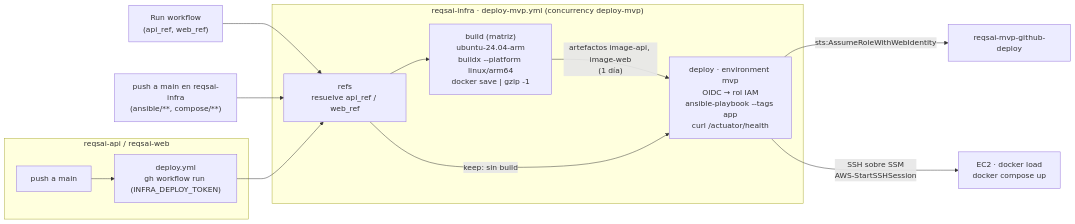
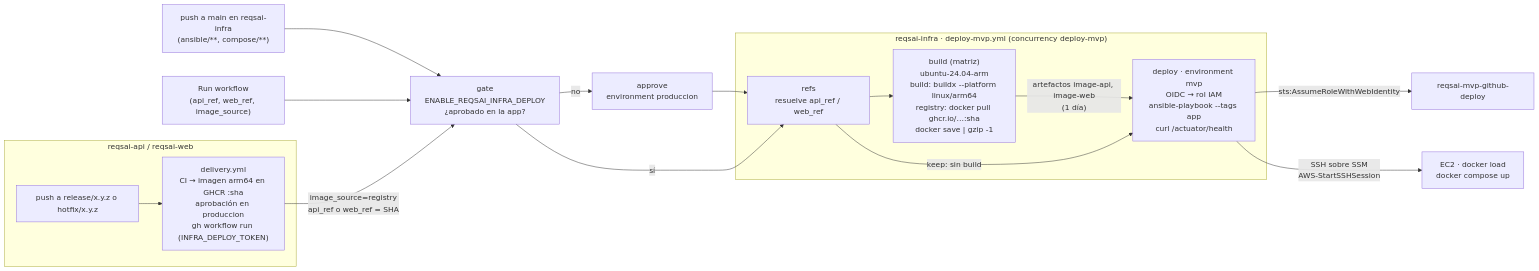
Before and after one commit to Kntro-Soft/reqsai-infra: the second of 2 diagrams in docs/deploy-ec2-docker-compose.md, drawn with Mermaid. The commit also changed other lines of this file and 1 other file, not shown here.

First line of the commit message:
docs: release flow, GHCR set-up, deploy switches and staging gap

````diff
--- a/docs/deploy-ec2-docker-compose.md
+++ b/docs/deploy-ec2-docker-compose.md
@@ -682,19 +682,22 @@
 ```mermaid
 flowchart LR
     subgraph apps["reqsai-api / reqsai-web"]
-        push["push a main"] --> appwf["deploy.yml<br/>gh workflow run (INFRA_DEPLOY_TOKEN)"]
+        rel["push a release/x.y.z o hotfix/x.y.z"] --> appwf["delivery.yml<br/>CI → imagen arm64 en GHCR :sha<br/>aprobación en produccion<br/>gh workflow run (INFRA_DEPLOY_TOKEN)"]
     end
-    manual["Run workflow<br/>(api_ref, web_ref)"] --> refs
-    infra["push a main en reqsai-infra<br/>(ansible/**, compose/**)"] --> refs
-    appwf --> refs
+    manual["Run workflow<br/>(api_ref, web_ref, image_source)"]
+    infra["push a main en reqsai-infra<br/>(ansible/**, compose/**)"] --> gate
+    manual --> gate
+    appwf -->|"image_source=registry<br/>api_ref o web_ref = SHA"| gate
+    gate["gate<br/>ENABLE_REQSAI_INFRA_DEPLOY<br/>¿aprobado en la app?"] -->|"no"| approve["approve<br/>environment produccion"] --> refs
+    gate -->|"sí"| refs
 
     subgraph wf["reqsai-infra · deploy-mvp.yml (concurrency deploy-mvp)"]
-        refs["refs<br/>resuelve api_ref / web_ref"] --> build["build (matriz)<br/>ubuntu-24.04-arm<br/>buildx --platform linux/arm64<br/>docker save | gzip -1"]
+        refs["refs<br/>resuelve api_ref / web_ref"] --> build["build (matriz)<br/>ubuntu-24.04-arm<br/>build: buildx --platform linux/arm64<br/>registry: docker pull ghcr.io/…:sha<br/>docker save | gzip -1"]
         build -->|"artefactos image-api, image-web<br/>(1 día)"| deploy
         refs -->|"keep: sin build"| deploy
         deploy["deploy · environment mvp<br/>OIDC → rol IAM<br/>ansible-playbook --tags app<br/>curl /actuator/health"]
     end
 
     deploy -->|"sts:AssumeRoleWithWebIdentity"| role["reqsai-mvp-github-deploy"]
     deploy -->|"SSH sobre SSM<br/>AWS-StartSSHSession"| ec2["EC2 · docker load<br/>docker compose up"]
 ```
````
